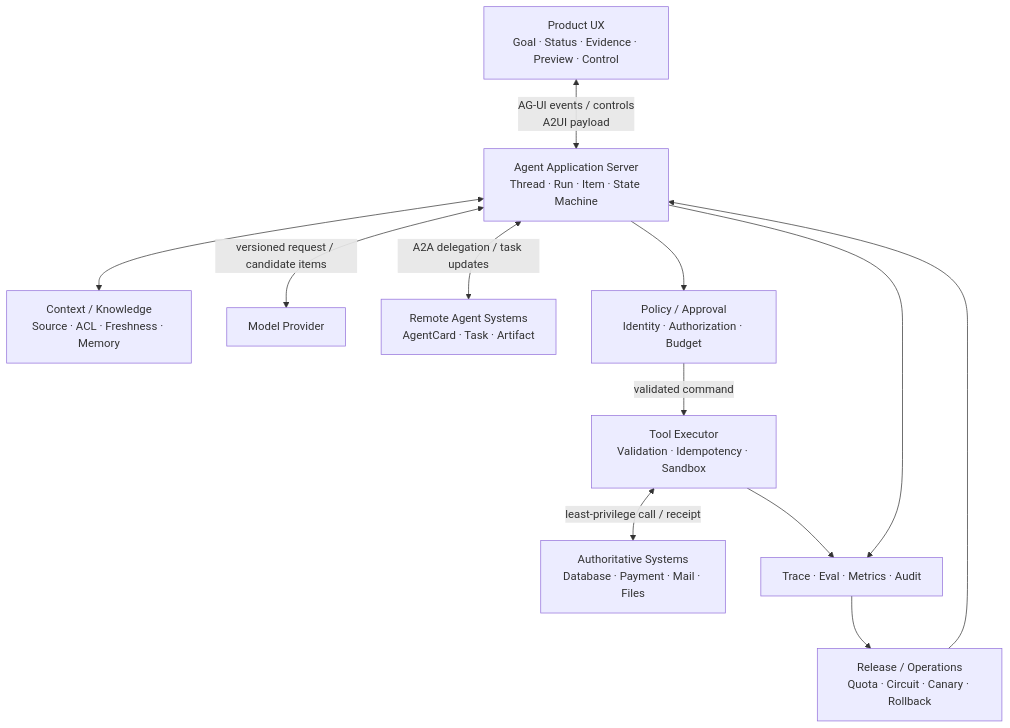
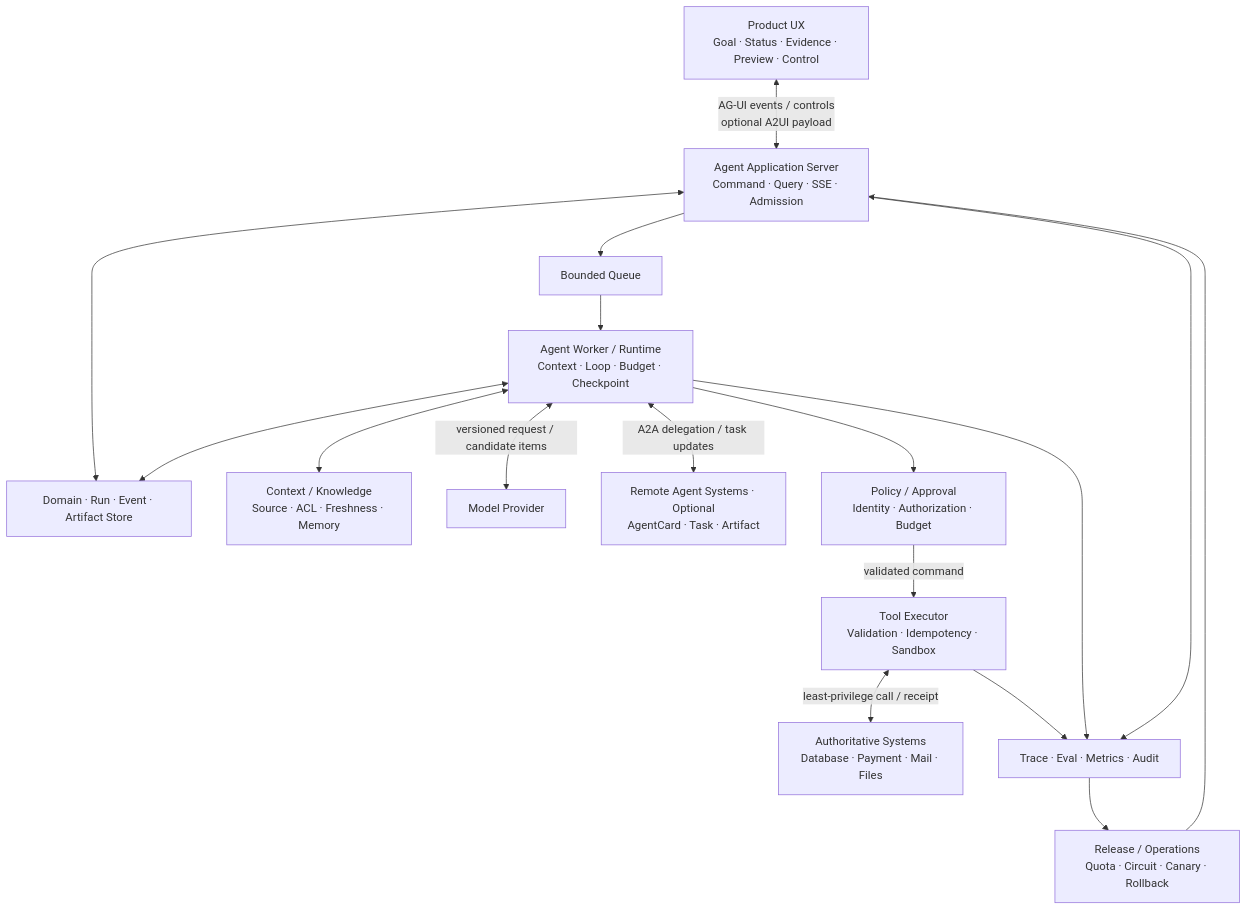
The diagram in site/11-综合实践与作品设计/01-综合系统心智模型.md (whatthehan/masterpiece-static-docs), drawn with Mermaid before and after one commit. The commit also changed other lines of this file and 252 other files, not shown here.

````diff
--- a/site/11-综合实践与作品设计/01-综合系统心智模型.md
+++ b/site/11-综合实践与作品设计/01-综合系统心智模型.md
@@ -9,25 +9,32 @@
 ```mermaid
 flowchart TD
     UX["Product UX<br/>Goal · Status · Evidence · Preview · Control"]
-    APP["Agent Application Server<br/>Thread · Run · Item · State Machine"]
+    APP["Agent Application Server<br/>Command · Query · SSE · Admission"]
+    QUEUE["Bounded Queue"]
+    RUNTIME["Agent Worker / Runtime<br/>Context · Loop · Budget · Checkpoint"]
+    STORE["Domain · Run · Event · Artifact Store"]
     CTX["Context / Knowledge<br/>Source · ACL · Freshness · Memory"]
     MODEL["Model Provider"]
-    REMOTE["Remote Agent Systems<br/>AgentCard · Task · Artifact"]
+    REMOTE["Remote Agent Systems · Optional<br/>AgentCard · Task · Artifact"]
     POLICY["Policy / Approval<br/>Identity · Authorization · Budget"]
     EXEC["Tool Executor<br/>Validation · Idempotency · Sandbox"]
     SYS["Authoritative Systems<br/>Database · Payment · Mail · Files"]
     OBS["Trace · Eval · Metrics · Audit"]
     OPS["Release / Operations<br/>Quota · Circuit · Canary · Rollback"]
 
-    UX <--> |"AG-UI events / controls<br/>A2UI payload"| APP
-    APP <--> CTX
-    APP <--> |"versioned request / candidate items"| MODEL
-    APP <--> |"A2A delegation / task updates"| REMOTE
-    APP --> POLICY
+    UX <--> |"AG-UI events / controls<br/>optional A2UI payload"| APP
+    APP <--> STORE
+    APP --> QUEUE --> RUNTIME
+    RUNTIME <--> STORE
+    RUNTIME <--> CTX
+    RUNTIME <--> |"versioned request / candidate items"| MODEL
+    RUNTIME <--> |"A2A delegation / task updates"| REMOTE
+    RUNTIME --> POLICY
     POLICY --> |"validated command"| EXEC
     EXEC <--> |"least-privilege call / receipt"| SYS
     APP --> OBS
+    RUNTIME --> OBS
     EXEC --> OBS
     OBS --> OPS
     OPS --> APP
 ```
````
